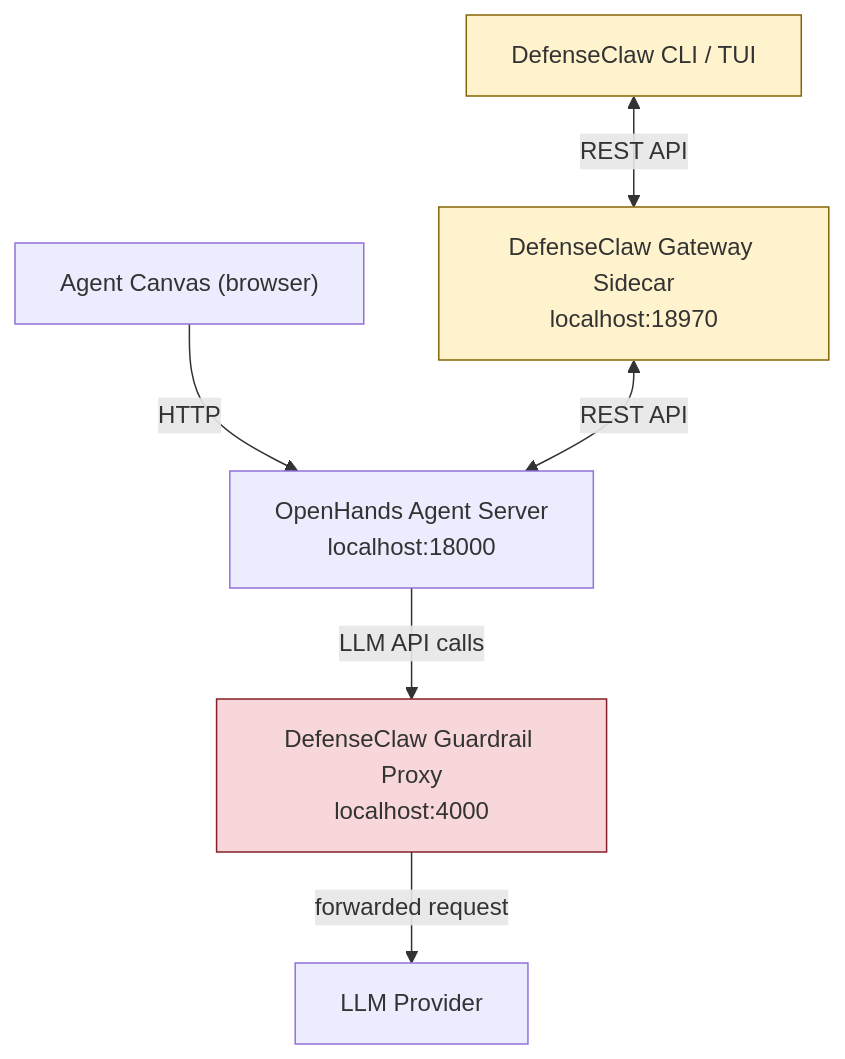
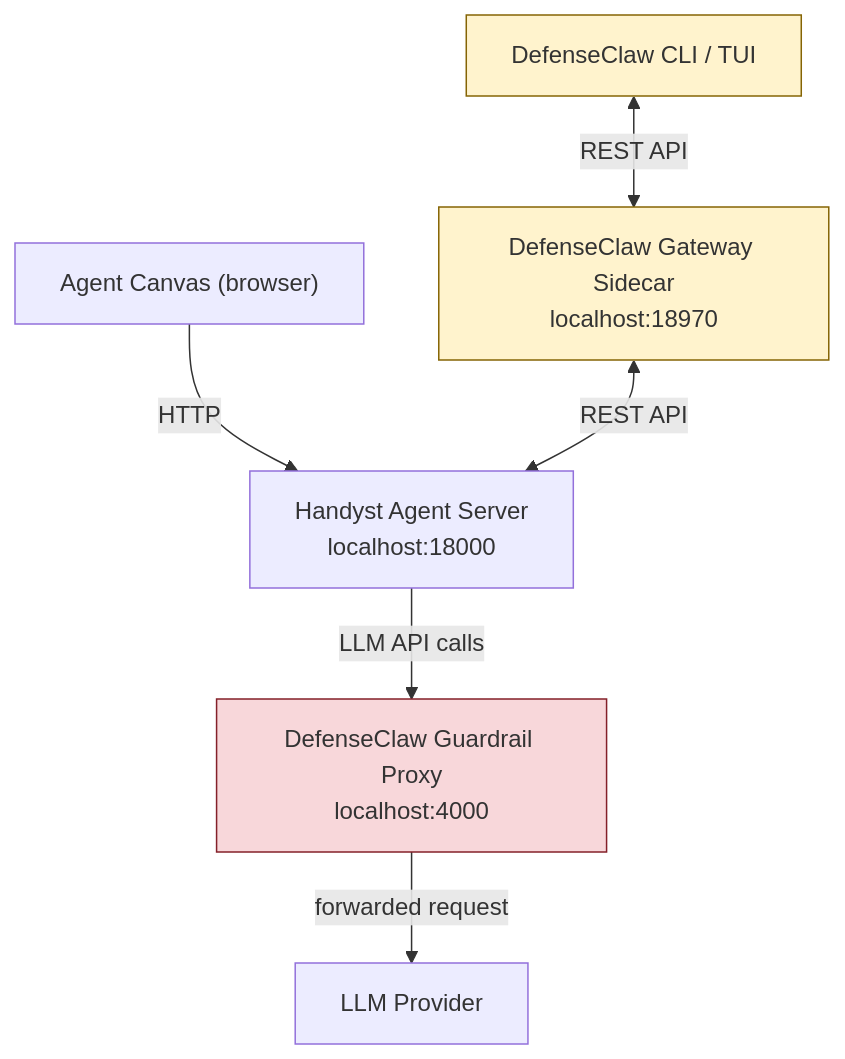
The diagram in docs/DefenseClaw.md (techyst-net/handyst), drawn with Mermaid before and after one commit. The commit also changed other lines of this file and 230 other files, not shown here.

Commit message:
Rebrand OpenHands as Handyst and move to the product hostnames

````diff
--- a/docs/DefenseClaw.md
+++ b/docs/DefenseClaw.md
@@ -11,19 +11,19 @@
 ```mermaid
 flowchart TD
     UI["Agent Canvas (browser)"]
-    AS["OpenHands Agent Server\nlocalhost:18000"]
+    AS["Handyst Agent Server\nlocalhost:18000"]
     GP["DefenseClaw Guardrail Proxy\nlocalhost:4000"]
     LLM["LLM Provider"]
     GW["DefenseClaw Gateway Sidecar\nlocalhost:18970"]
     CLI["DefenseClaw CLI / TUI"]
 
     UI -->|HTTP| AS
     AS -->|LLM API calls| GP
     GP -->|forwarded request| LLM
     GW <-->|REST API| AS
     CLI <-->|REST API| GW
 
     style GW fill:#fff3cd,stroke:#856404
     style CLI fill:#fff3cd,stroke:#856404
     style GP fill:#f8d7da,stroke:#842029
 ```
````
